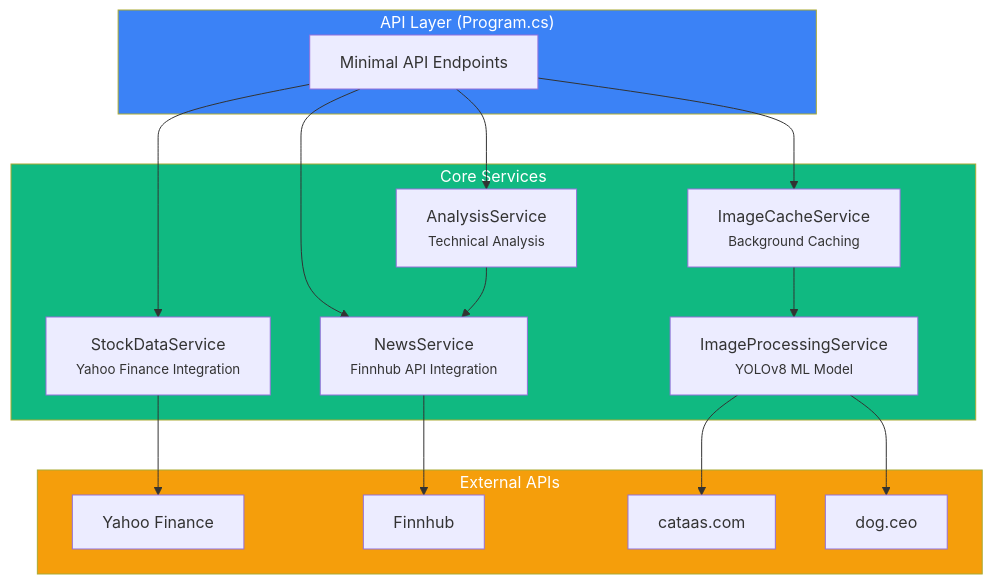
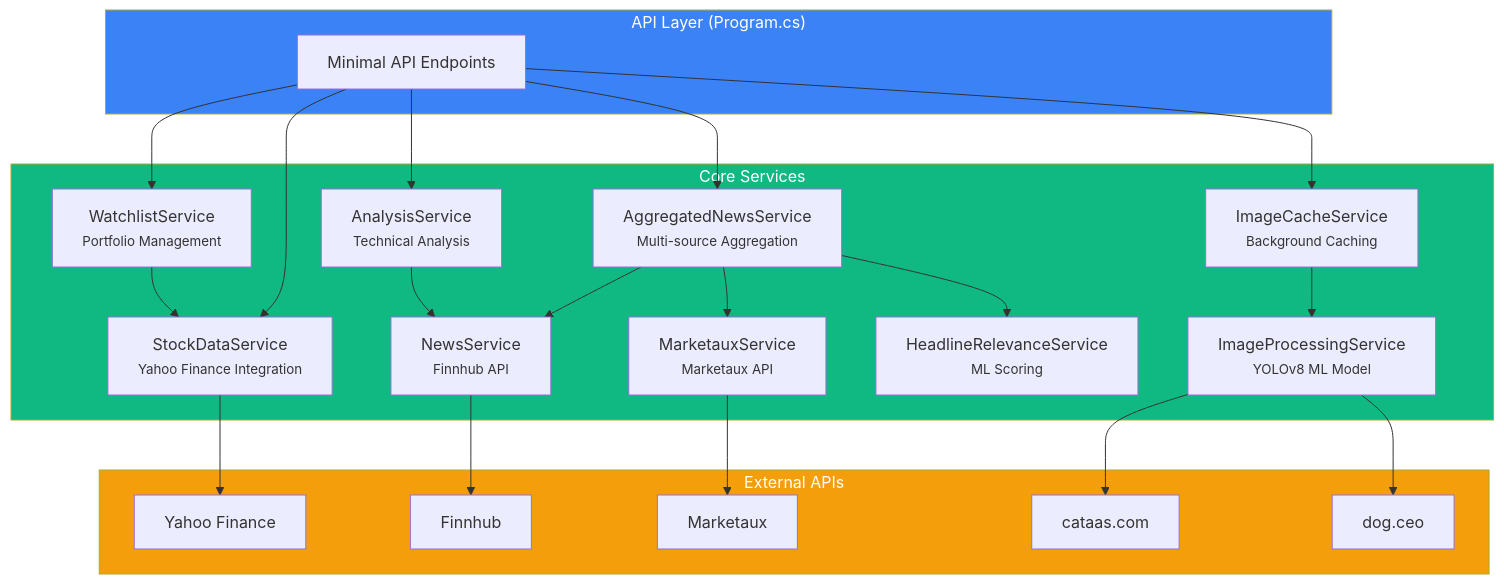
Before and after one commit to psford/claudeProjects: the diagram in stock_analyzer_dotnet/src/StockAnalyzer.Api/wwwroot/docs/diagrams/service-architecture.mmd, drawn with Mermaid. The commit also changed 5 other files, not shown here.

First line of the commit message:
Update Mermaid diagrams to reflect current architecture

```diff
--- a/stock_analyzer_dotnet/src/StockAnalyzer.Api/wwwroot/docs/diagrams/service-architecture.mmd
+++ b/stock_analyzer_dotnet/src/StockAnalyzer.Api/wwwroot/docs/diagrams/service-architecture.mmd
@@ -1,36 +1,47 @@
 %% MANUAL - Update when services change
 graph TB
     subgraph API["API Layer (Program.cs)"]
         Endpoints["Minimal API Endpoints"]
     end
 
     subgraph Services["Core Services"]
         SDS["StockDataService<br/><small>Yahoo Finance Integration</small>"]
-        NS["NewsService<br/><small>Finnhub API Integration</small>"]
+        NS["NewsService<br/><small>Finnhub API</small>"]
+        MXS["MarketauxService<br/><small>Marketaux API</small>"]
+        ANS["AggregatedNewsService<br/><small>Multi-source Aggregation</small>"]
+        HRS["HeadlineRelevanceService<br/><small>ML Scoring</small>"]
         AS["AnalysisService<br/><small>Technical Analysis</small>"]
+        WS["WatchlistService<br/><small>Portfolio Management</small>"]
         IPS["ImageProcessingService<br/><small>YOLOv8 ML Model</small>"]
         ICS["ImageCacheService<br/><small>Background Caching</small>"]
     end
 
     subgraph External["External APIs"]
         YF["Yahoo Finance"]
         FH["Finnhub"]
+        MX["Marketaux"]
         CATAAS["cataas.com"]
         DOGCEO["dog.ceo"]
     end
 
     Endpoints --> SDS
-    Endpoints --> NS
+    Endpoints --> ANS
     Endpoints --> AS
+    Endpoints --> WS
     Endpoints --> ICS
 
     SDS --> YF
     NS --> FH
+    MXS --> MX
+    ANS --> NS
+    ANS --> MXS
+    ANS --> HRS
     AS --> NS
+    WS --> SDS
     ICS --> IPS
     IPS --> CATAAS
     IPS --> DOGCEO
 
     style API fill:#3B82F6,color:#fff
     style Services fill:#10B981,color:#fff
     style External fill:#F59E0B,color:#fff
```
